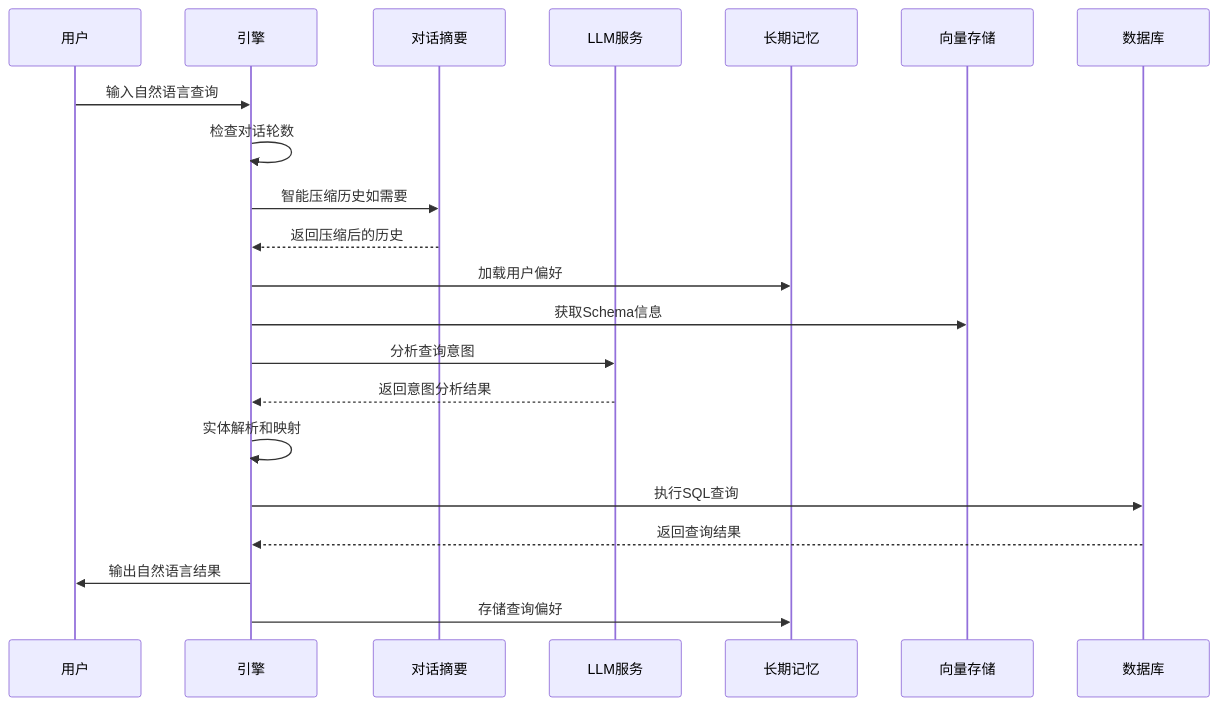
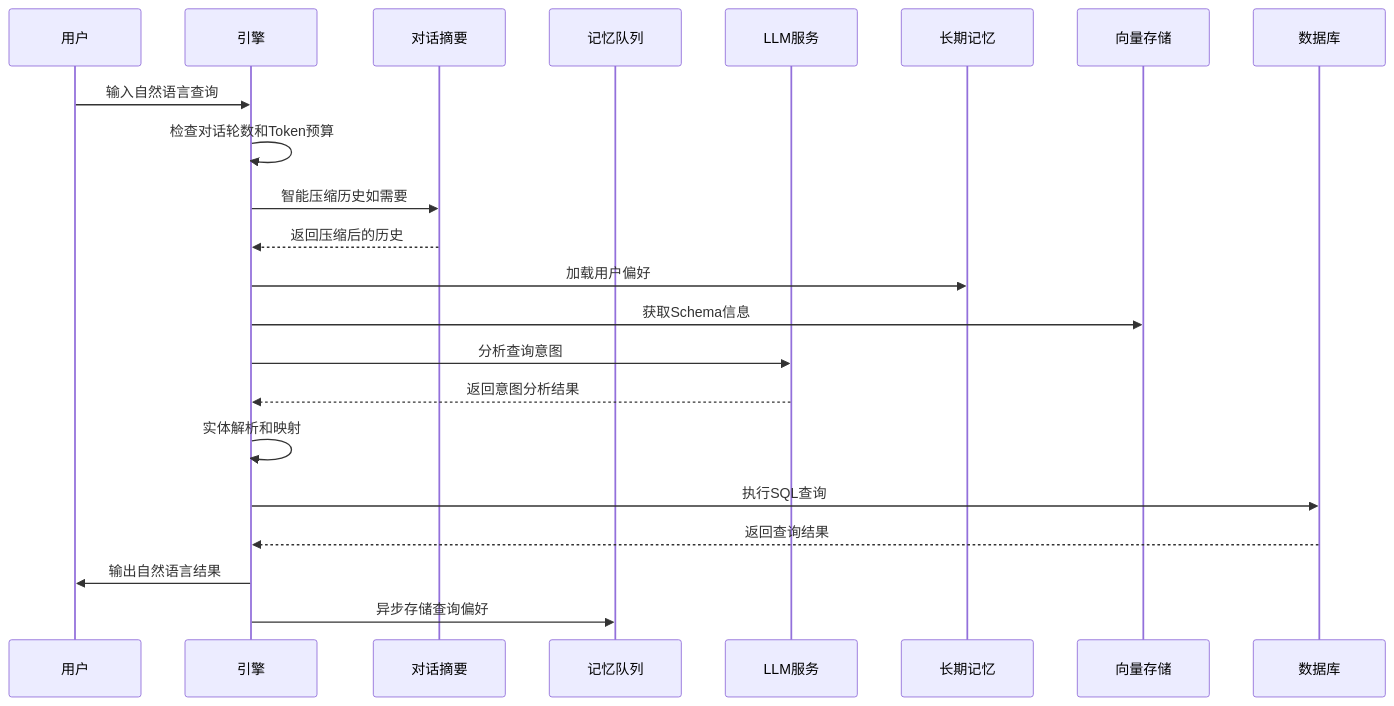
The third of 6 diagrams in .qoder/repowiki/zh/content/核心模块详解/NL2SQL自然语言到SQL系统/NL2SQL长期记忆系统.md (HanHuiOnLine/724-office), drawn with Mermaid before and after one commit. The commit also changed other lines of this file and 7 other files, not shown here.

````diff
--- a/.qoder/repowiki/zh/content/核心模块详解/NL2SQL自然语言到SQL系统/NL2SQL长期记忆系统.md
+++ b/.qoder/repowiki/zh/content/核心模块详解/NL2SQL自然语言到SQL系统/NL2SQL长期记忆系统.md
@@ -285,23 +357,24 @@
 ```mermaid
 sequenceDiagram
 participant U as 用户
 participant E as 引擎
 participant S as 对话摘要
+participant Q as 记忆队列
 participant L as LLM服务
 participant M as 长期记忆
 participant V as 向量存储
 participant D as 数据库
 U->>E : 输入自然语言查询
-E->>E : 检查对话轮数
+E->>E : 检查对话轮数和Token预算
 E->>S : 智能压缩历史如需要
 S-->>E : 返回压缩后的历史
 E->>M : 加载用户偏好
 E->>V : 获取Schema信息
 E->>L : 分析查询意图
 L-->>E : 返回意图分析结果
 E->>E : 实体解析和映射
 E->>D : 执行SQL查询
 D-->>E : 返回查询结果
 E->>U : 输出自然语言结果
-E->>M : 存储查询偏好
+E->>Q : 异步存储查询偏好
 ```
````
